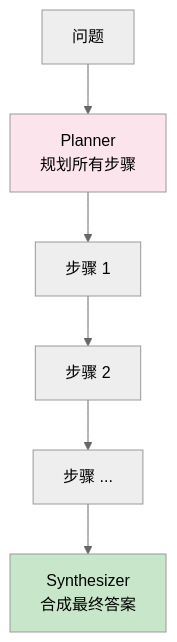
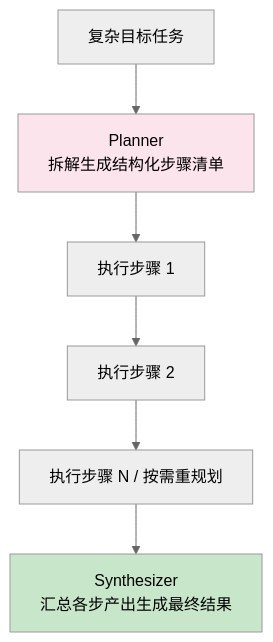
One commit to GuoWWWX/knowledge-base changed the eighth of 14 diagrams in 10-AI应用开发/00-总览/AI应用开发学习路径.md. Above: the diagram before and after it, drawn with Mermaid (neutral theme). The commit also changed other lines of this file and 251 other files, not shown here.

````diff
--- a/10-AI应用开发/00-总览/AI应用开发学习路径.md
+++ b/10-AI应用开发/00-总览/AI应用开发学习路径.md
@@ -983,11 +944,11 @@
 ```mermaid
 flowchart TD
-    A[问题] --> B[Planner<br/>规划所有步骤]
-    B --> C[步骤 1]
-    C --> D[步骤 2]
-    D --> E[步骤 ...]
-    E --> F[Synthesizer<br/>合成最终答案]
+    A[复杂目标任务] --> B[Planner<br/>拆解生成结构化步骤清单]
+    B --> C[执行步骤 1]
+    C --> D[执行步骤 2]
+    D --> E[执行步骤 N / 按需重规划]
+    E --> F[Synthesizer<br/>汇总各步产出生成最终结果]
     
     style B fill:#fce4ec
     style F fill:#c8e6c9
 ```
````
